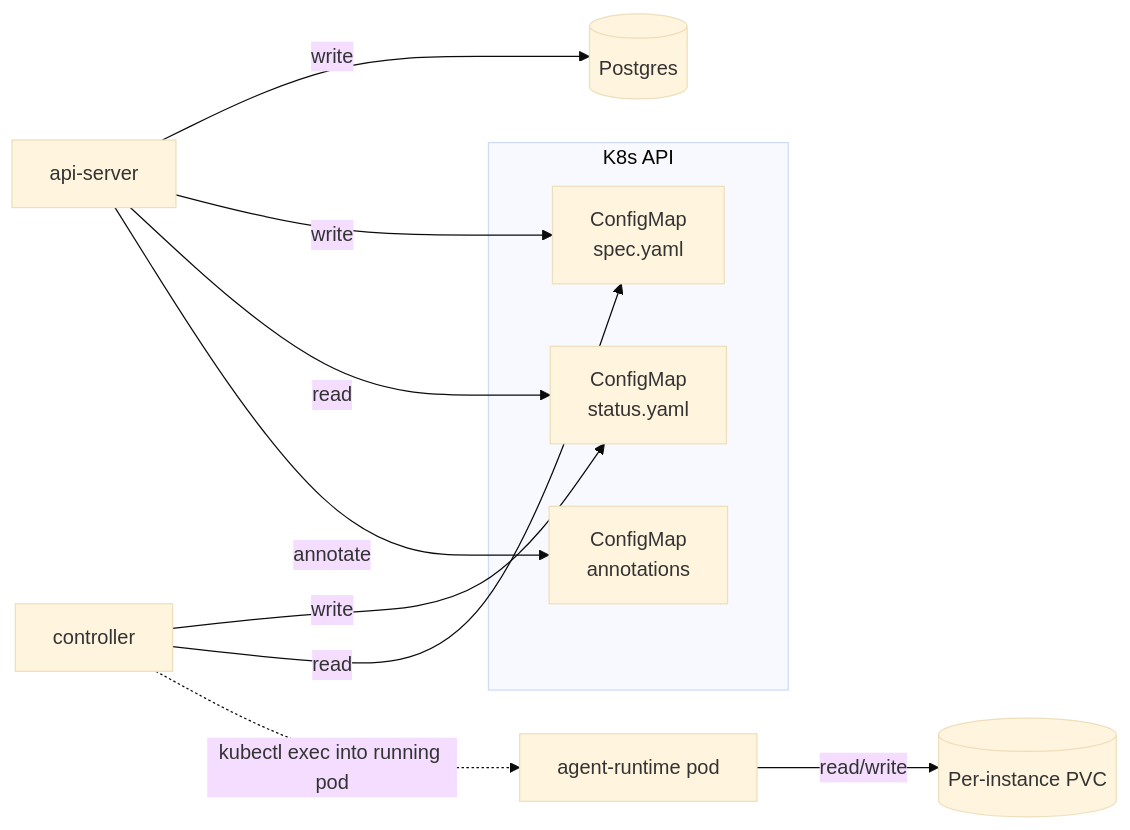
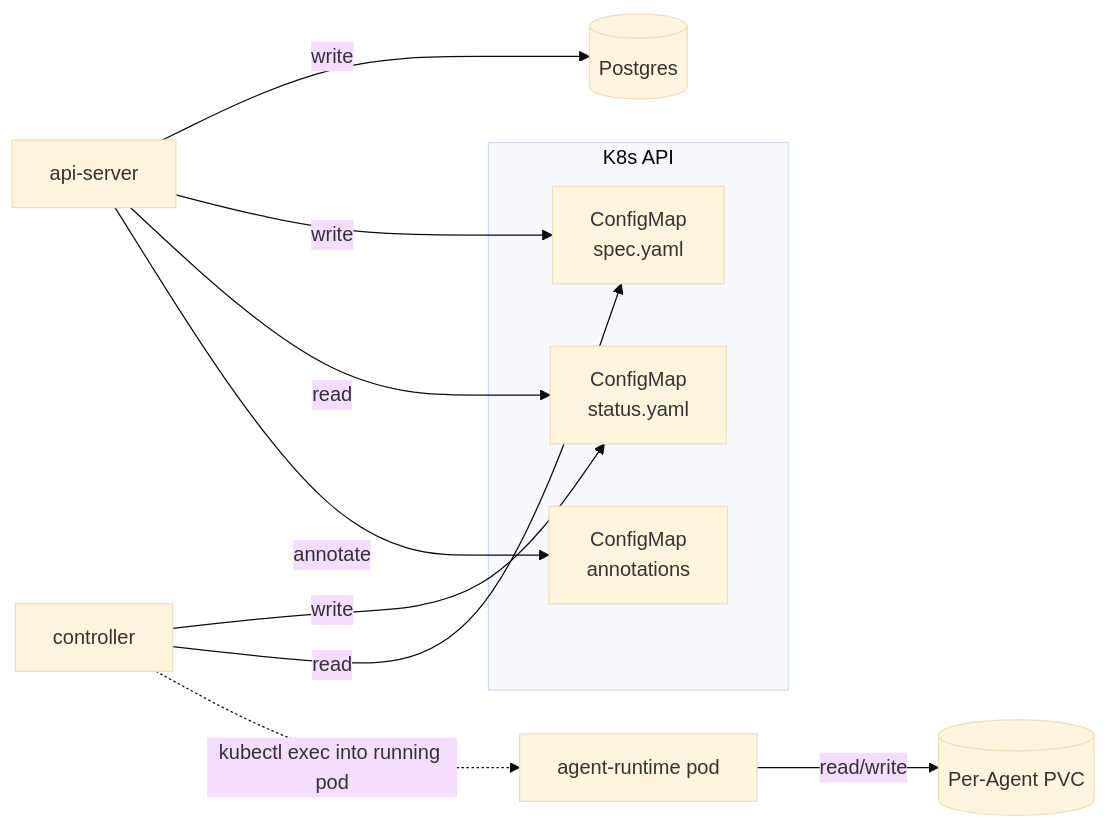
The diagram in docs/architecture/persistence.md (subbyte/dam), drawn with Mermaid (base theme) before and after one commit. The commit also changed other lines of this file and 287 other files, not shown here.

Commit message:
refactor: eliminate Instance, collapse into Agent (ADR-046) (#302)

````diff
--- a/docs/architecture/persistence.md
+++ b/docs/architecture/persistence.md
@@ -30,27 +31,27 @@
 ```mermaid
 flowchart LR
   api-server[api-server]
   controller[controller]
   agent-runtime[agent-runtime pod]
 
   postgres[(Postgres)]
 
   subgraph k8s[K8s API]
     cm-spec[ConfigMap<br/>spec.yaml]
     cm-status[ConfigMap<br/>status.yaml]
     cm-anno[ConfigMap<br/>annotations]
   end
 
-  pvc[(Per-instance PVC)]
+  pvc[(Per-Agent PVC)]
 
   api-server -->|write| postgres
   api-server -->|write| cm-spec
   api-server -->|read| cm-status
   api-server -->|annotate| cm-anno
 
   controller -->|write| cm-status
   controller -->|read| cm-spec
   controller -.kubectl exec into running pod.-> agent-runtime
 
   agent-runtime -->|read/write| pvc
 ```
````
